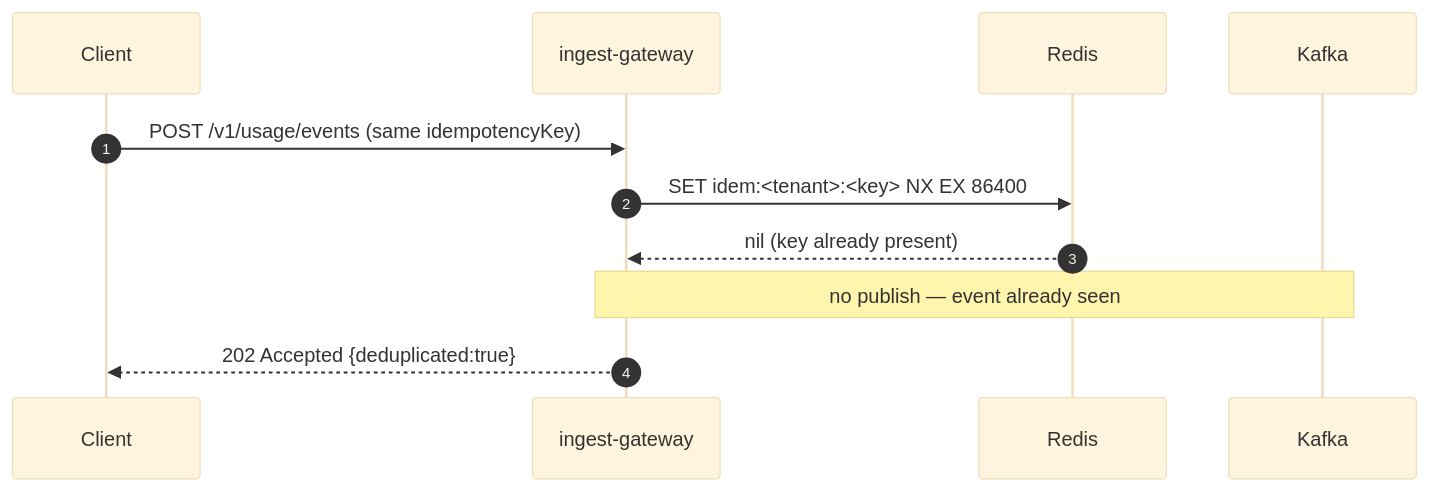
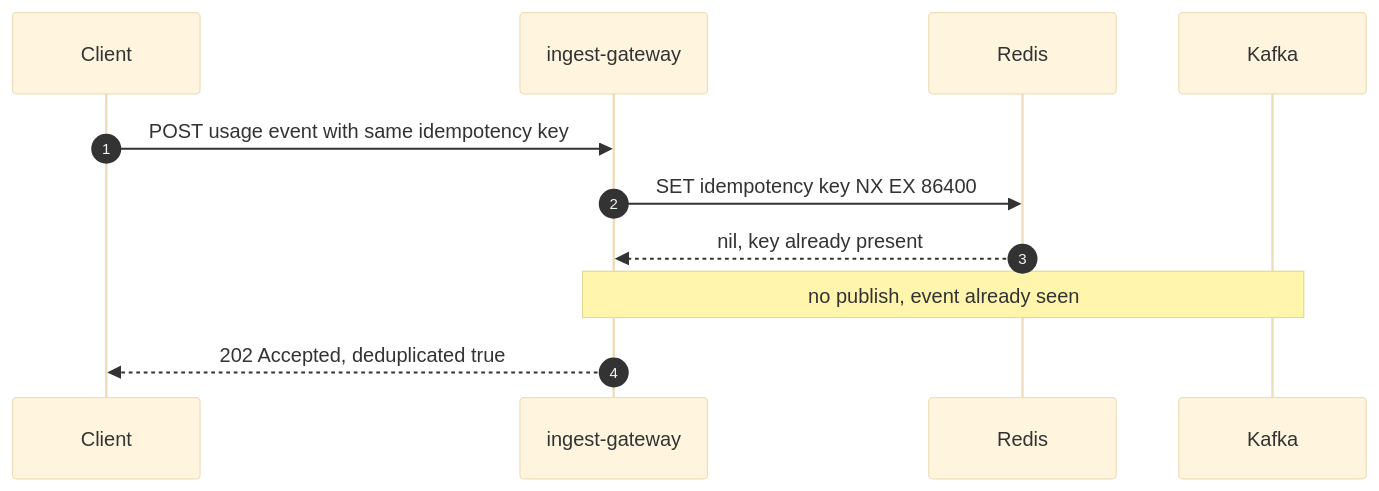
One commit to marciomarinho/quotient changed the fifth of 6 diagrams in docs/ARCHITECTURE.md. Above: the diagram before and after it, drawn with Mermaid (base theme). The commit also changed other lines of this file and 4 other files, not shown here.

Commit message:
docs: fix Mermaid parse errors (quote labels, remove embedded arrows/@ from all diagrams)

````diff
--- a/docs/ARCHITECTURE.md
+++ b/docs/ARCHITECTURE.md
@@ -101,13 +102,13 @@
 ```mermaid
 sequenceDiagram
     autonumber
     participant C as Client
     participant G as ingest-gateway
     participant R as Redis
     participant K as Kafka
-    C->>G: POST /v1/usage/events (same idempotencyKey)
-    G->>R: SET idem:<tenant>:<key> NX EX 86400
-    R-->>G: nil (key already present)
-    Note over G,K: no publish — event already seen
-    G-->>C: 202 Accepted {deduplicated:true}
+    C->>G: POST usage event with same idempotency key
+    G->>R: SET idempotency key NX EX 86400
+    R-->>G: nil, key already present
+    Note over G,K: no publish, event already seen
+    G-->>C: 202 Accepted, deduplicated true
 ```
````
